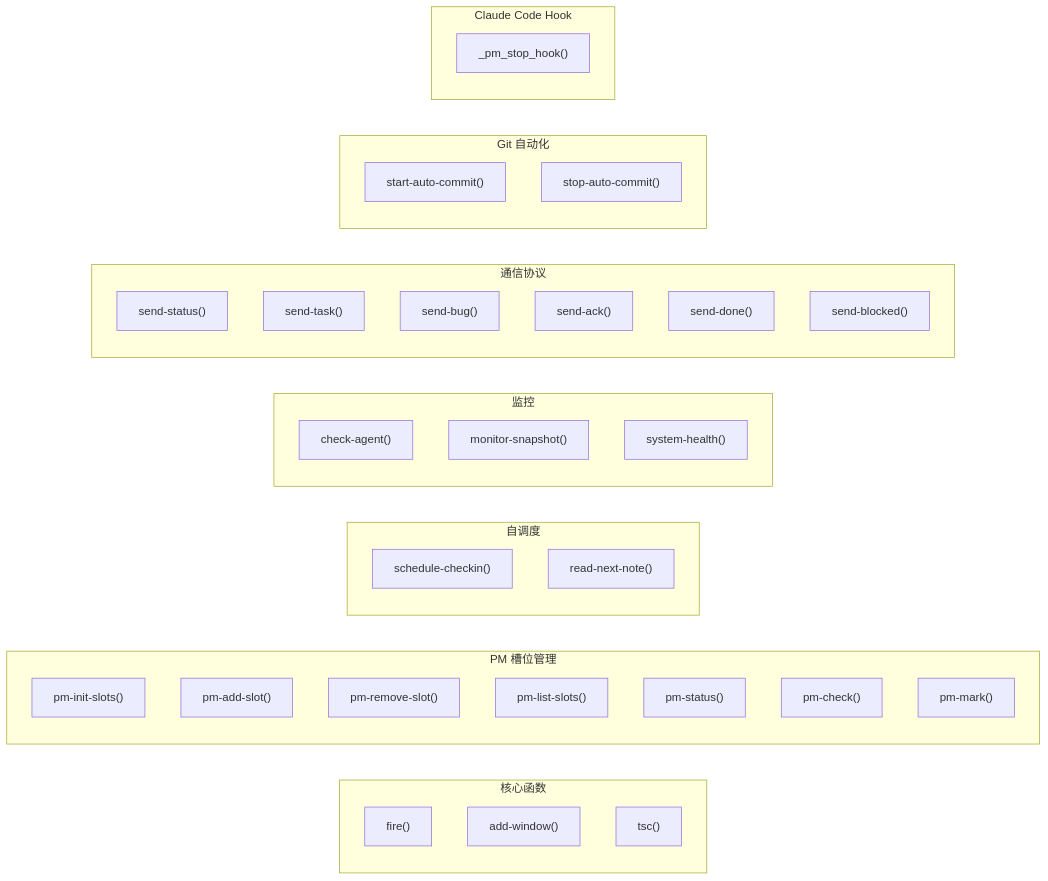
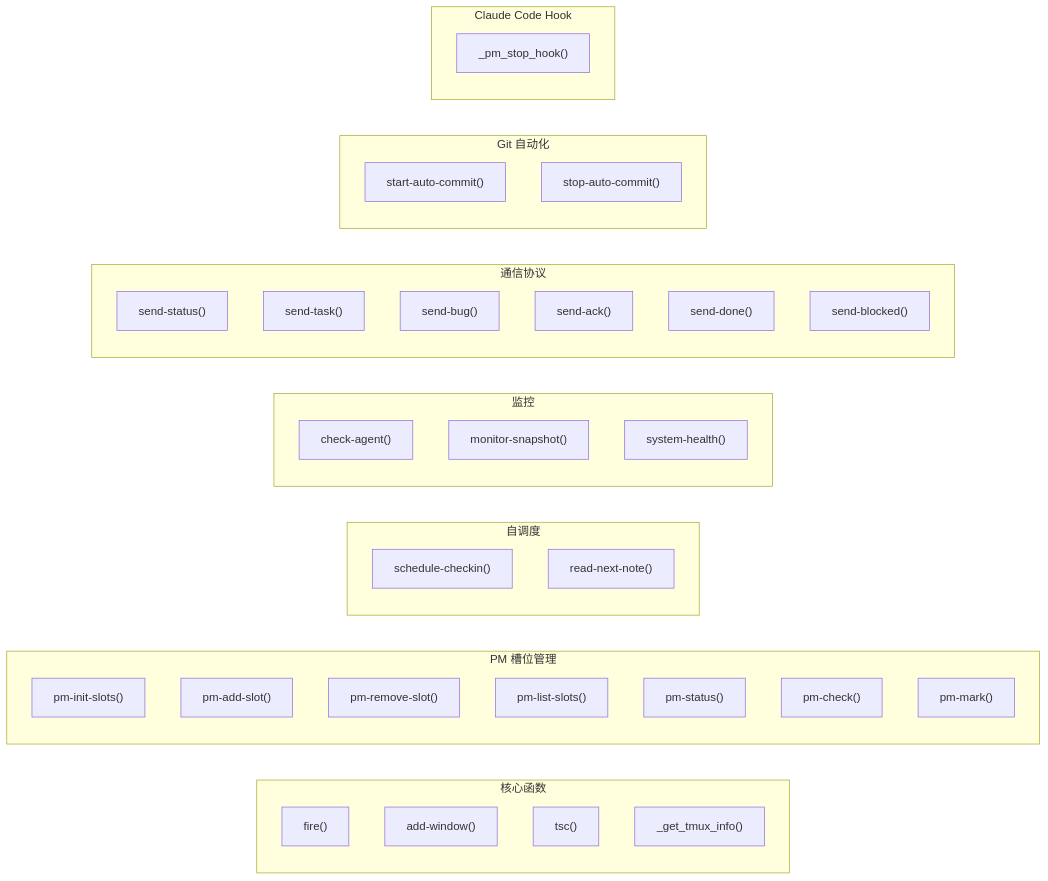
One commit to coolwoo/Tmux-AI-Team changed the fourth of 4 diagrams in CLAUDE.md. Above: the diagram before and after it, drawn with Mermaid. The commit also changed other lines of this file and 4 other files, not shown here.

First line of the commit message:
docs: 更新文档，补充 _get_tmux_info 和 Hook 机制说明

````diff
--- a/CLAUDE.md
+++ b/CLAUDE.md
@@ -237,47 +237,48 @@
 ```mermaid
 graph LR
     subgraph Core["核心函数"]
         fire["fire()"]
         addwin["add-window()"]
         tsc["tsc()"]
+        getinfo["_get_tmux_info()"]
     end
 
     subgraph PMSlots["PM 槽位管理"]
         init["pm-init-slots()"]
         add["pm-add-slot()"]
         remove["pm-remove-slot()"]
         list["pm-list-slots()"]
         pmstatus["pm-status()"]
         pmcheck["pm-check()"]
         pmmark["pm-mark()"]
     end
 
     subgraph Schedule["自调度"]
         sched["schedule-checkin()"]
         note["read-next-note()"]
     end
 
     subgraph Monitor["监控"]
         check["check-agent()"]
         snap["monitor-snapshot()"]
         health["system-health()"]
     end
 
     subgraph Comm["通信协议"]
         status["send-status()"]
         task["send-task()"]
         bug["send-bug()"]
         ack["send-ack()"]
         done["send-done()"]
         blocked["send-blocked()"]
     end
 
     subgraph Git["Git 自动化"]
         start["start-auto-commit()"]
         stop["stop-auto-commit()"]
     end
 
     subgraph Hooks["Claude Code Hook"]
         stophook["_pm_stop_hook()"]
     end
 ```
````
